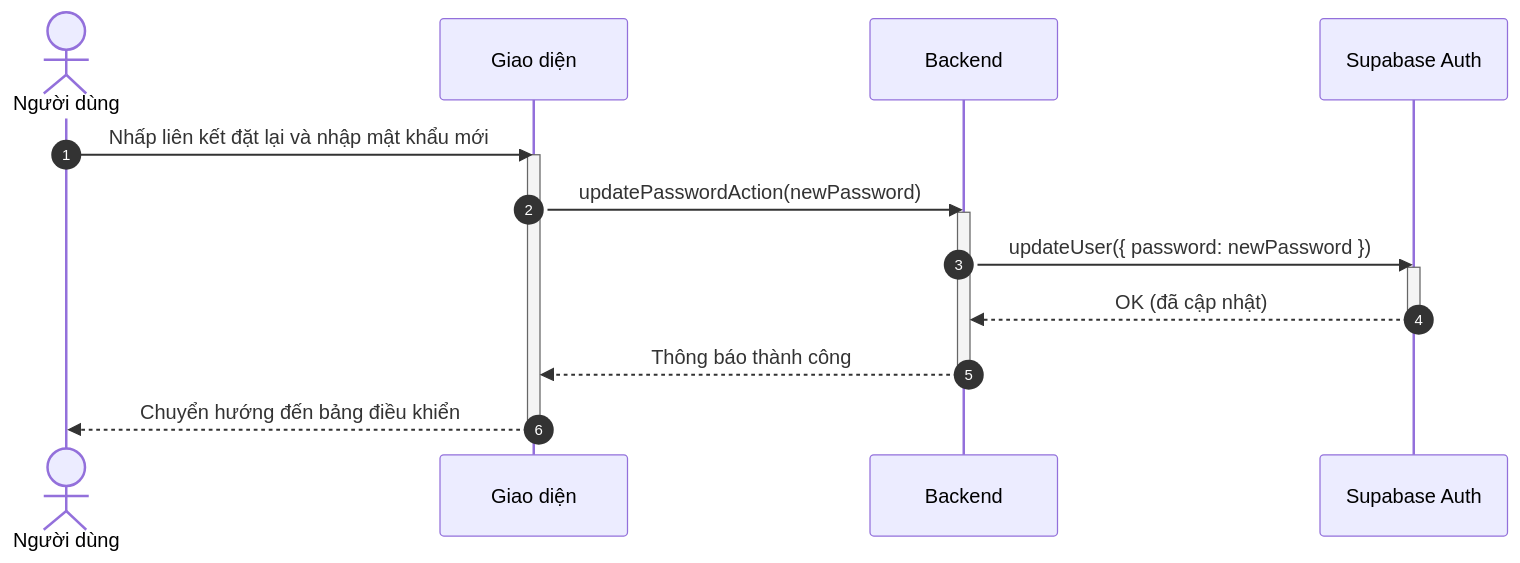
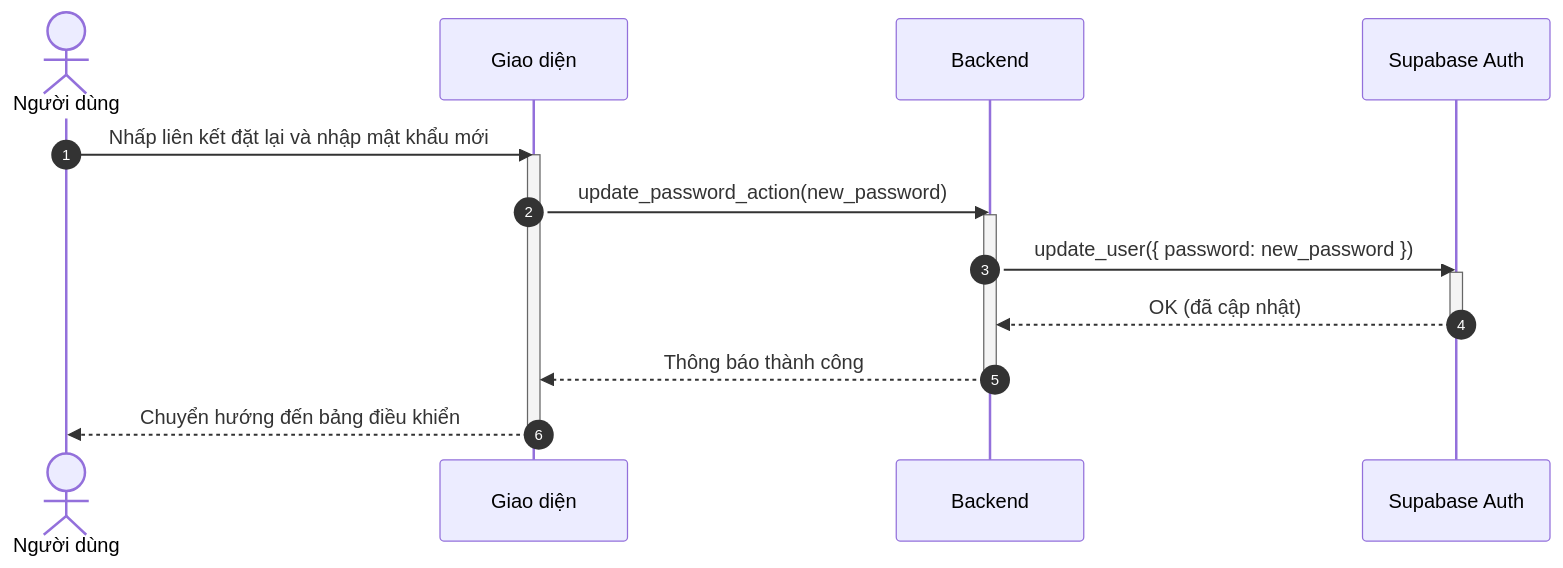
One commit to ngoctinn/Synapse changed the fifth of 7 diagrams in docs/design/sequences/authentication.md. Above: the diagram before and after it, drawn with Mermaid. The commit also changed other lines of this file and 4 other files, not shown here.

Commit message:
docs: Add activity and sequence diagrams for authentication, customer, receptionist, and technician flows.

````diff
--- a/docs/design/sequences/authentication.md
+++ b/docs/design/sequences/authentication.md
@@ -149,24 +149,24 @@
 ```mermaid
 sequenceDiagram
     autonumber
     actor ND as Người dùng
     participant UI as Giao diện
     participant BE as Backend
     participant SUPA as Supabase Auth
 
     ND->>UI: Nhấp liên kết đặt lại và nhập mật khẩu mới
     activate UI
-    UI->>BE: updatePasswordAction(newPassword)
+    UI->>BE: update_password_action(new_password)
     activate BE
 
-    BE->>SUPA: updateUser({ password: newPassword })
+    BE->>SUPA: update_user({ password: new_password })
     activate SUPA
     SUPA-->>BE: OK (đã cập nhật)
     deactivate SUPA
 
     BE-->>UI: Thông báo thành công
     deactivate BE
 
     UI-->>ND: Chuyển hướng đến bảng điều khiển
     deactivate UI
 ```
````
